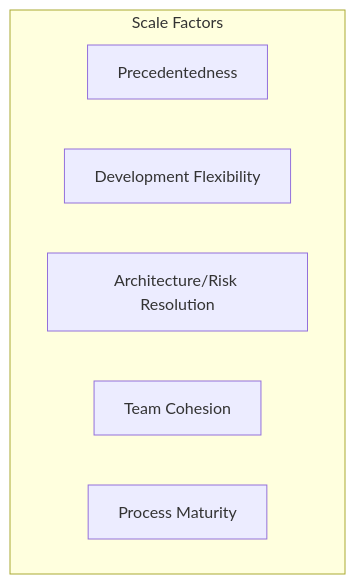
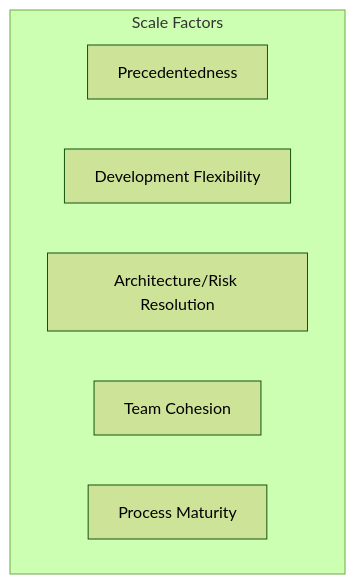
One commit to klauseduard/under-over-models changed the second of 7 diagrams in chapters/02-software-time-estimation.md. Above: the diagram before and after it, drawn with Mermaid. The commit also changed other lines of this file, not shown here.

````diff
--- a/chapters/02-software-time-estimation.md
+++ b/chapters/02-software-time-estimation.md
@@ -17,10 +19,11 @@
 ```mermaid
+%%{init: {'theme': 'forest'}}%%
 flowchart TD
     subgraph "Scale Factors"
     SF1[Precedentedness]
     SF2[Development Flexibility]
     SF3[Architecture/Risk Resolution]
     SF4[Team Cohesion]
     SF5[Process Maturity]
     end
 ```
````
